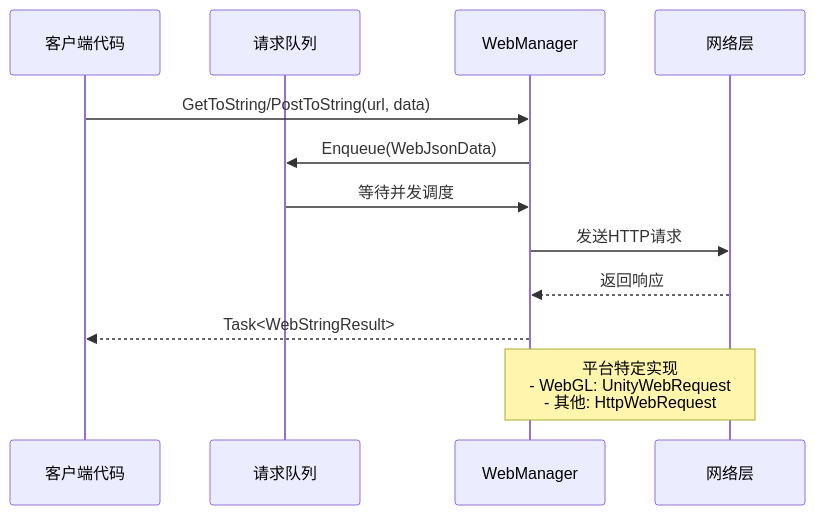
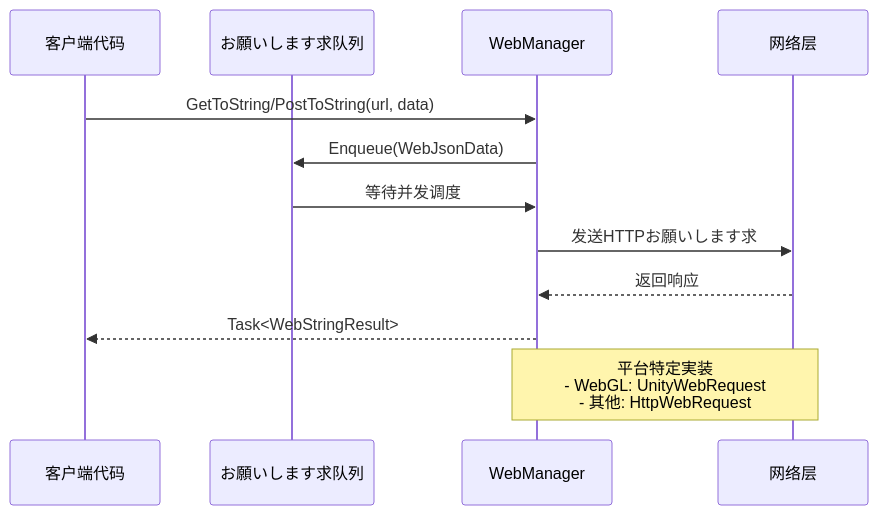
Before and after one commit to AlianBlank/GameFrameX.Docs: the diagram in docs/ja/client/unity/component/web/03.getting-started.md, drawn with Mermaid. The commit also changed other lines of this file and 603 other files, not shown here.

````diff
--- a/docs/ja/client/unity/component/web/03.getting-started.md
+++ b/docs/ja/client/unity/component/web/03.getting-started.md
@@ -485,16 +485,16 @@
 ```mermaid
 sequenceDiagram
     participant Client as 客户端代码
-    participant Queue as 请求队列
+    participant Queue as お願いします求队列
     participant Manager as WebManager
     participant Network as 网络层
     
     Client->>Manager: GetToString/PostToString(url, data)
     Manager->>Queue: Enqueue(WebJsonData)
     Queue->>Manager: 等待并发调度
-    Manager->>Network: 发送HTTP请求
+    Manager->>Network: 发送HTTPお願いします求
     Network-->>Manager: 返回响应
     Manager-->>Client: Task<WebStringResult>
     
-    Note over Manager,Network: 平台特定实现<br/>- WebGL: UnityWebRequest<br/>- 其他: HttpWebRequest
+    Note over Manager,Network: 平台特定実装<br/>- WebGL: UnityWebRequest<br/>- 其他: HttpWebRequest
 ```
````
